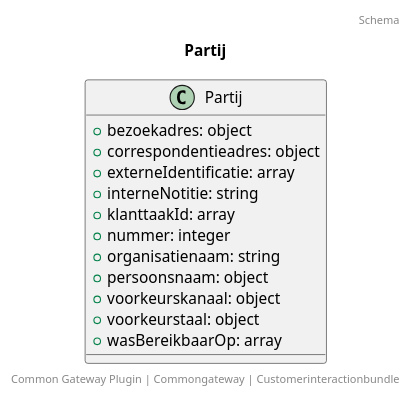
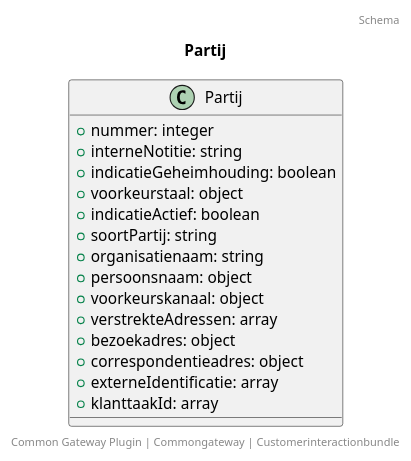
The diagram in docs/schema/klant.partij.puml (CommonGateway/CustomerInteractionBundle), drawn with PlantUML before and after one commit. The commit also changed 29 other files, not shown here.

```diff
--- a/docs/schema/klant.partij.puml
+++ b/docs/schema/klant.partij.puml
@@ -1,19 +1,22 @@
 @startuml
 title: Partij
 footer: Common Gateway Plugin | Commongateway | Customerinteractionbundle 
 header: Schema
 
 class Partij {
+  + nummer: integer
+  + interneNotitie: string
+  + indicatieGeheimhouding: boolean
+  + voorkeurstaal: object
+  + indicatieActief: boolean
+  + soortPartij: string
+  + organisatienaam: string
+  + persoonsnaam: object
+  + voorkeurskanaal: object
+  + verstrekteAdressen: array
   + bezoekadres: object
   + correspondentieadres: object
   + externeIdentificatie: array
-  + interneNotitie: string
   + klanttaakId: array
-  + nummer: integer
-  + organisatienaam: string
-  + persoonsnaam: object
-  + voorkeurskanaal: object
-  + voorkeurstaal: object
-  + wasBereikbaarOp: array
 }
 @enduml
```
